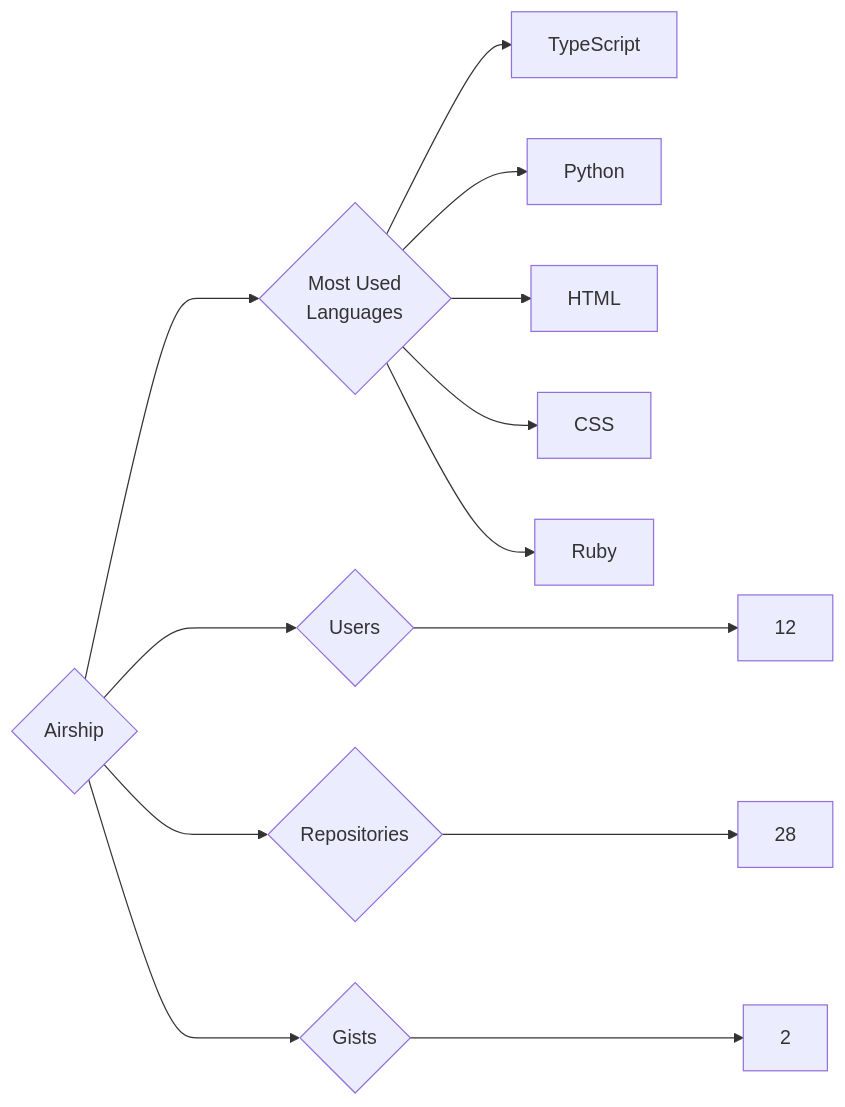
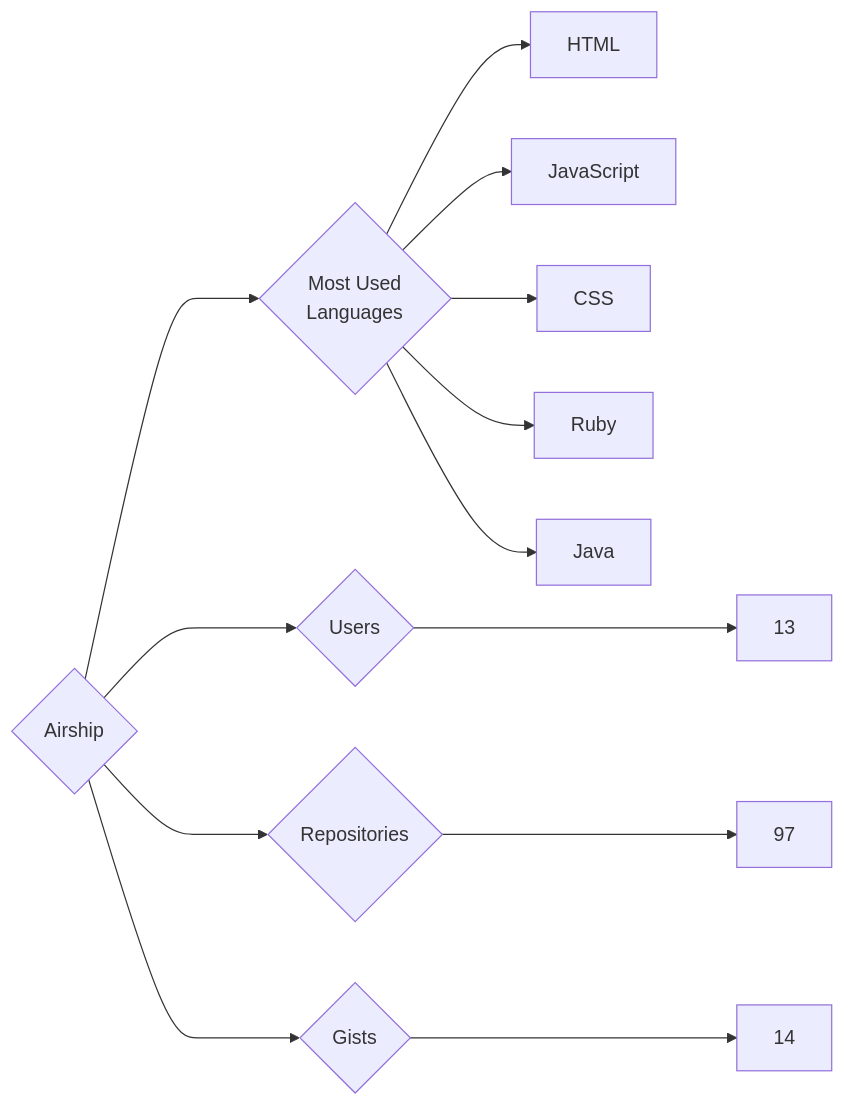
One commit to trickest/insiders changed the diagram in targets/Airship/README.md. Above: the diagram before and after it, drawn with Mermaid. The commit also changed 682 other files, not shown here.

````diff
--- a/targets/Airship/README.md
+++ b/targets/Airship/README.md
@@ -3,13 +3,13 @@
 ```mermaid
 graph LR
 COMPANY_NAME{Airship}
-COMPANY_NAME ---> U{Users} ---> UN[12]
-COMPANY_NAME ---> R{Repositories} ---> RN[28]
-COMPANY_NAME ---> G{Gists} ---> GN[2]
+COMPANY_NAME ---> U{Users} ---> UN[13]
+COMPANY_NAME ---> R{Repositories} ---> RN[97]
+COMPANY_NAME ---> G{Gists} ---> GN[14]
 COMPANY_NAME ---> ML{Most Used<br>Languages}
-ML --> TypeScript[TypeScript]
-ML --> Python[Python]
 ML --> HTML[HTML]
+ML --> JavaScript[JavaScript]
 ML --> CSS[CSS]
 ML --> Ruby[Ruby]
+ML --> Java[Java]
 ```
````
